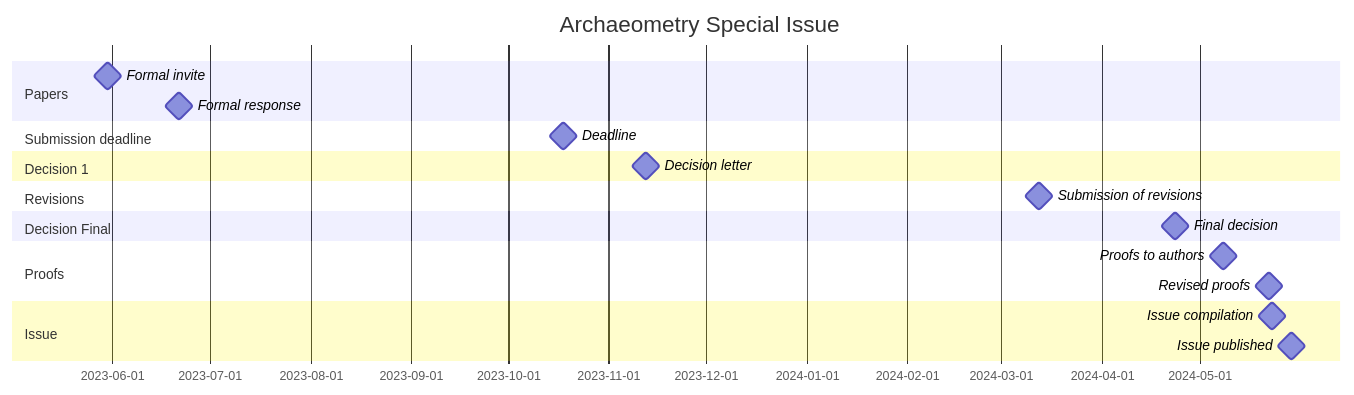
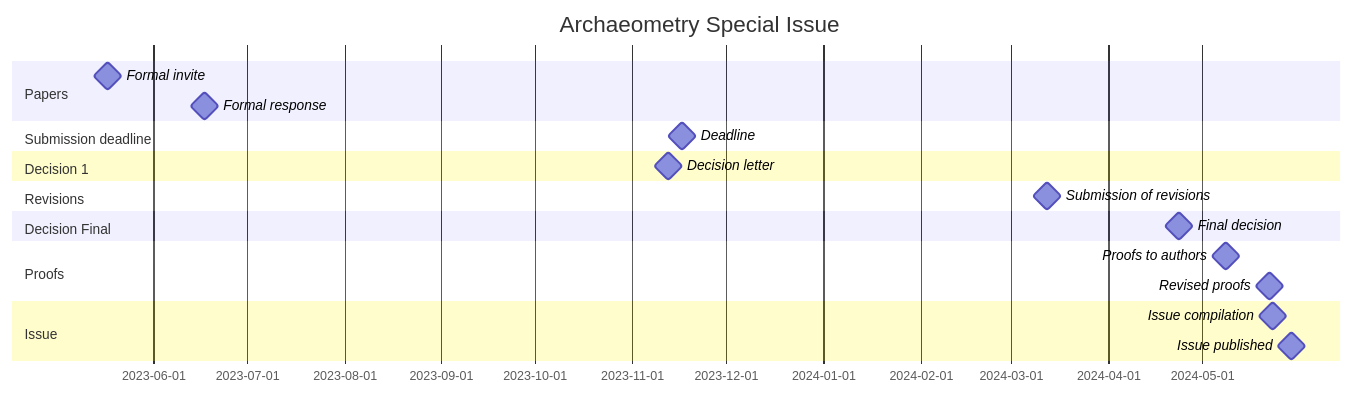
One commit to historical-time/archaeometry-si changed the diagram in README.md. Above: the diagram before and after it, drawn with Mermaid.

````diff
--- a/README.md
+++ b/README.md
@@ -8,23 +8,23 @@
 ```mermaid
 gantt
     title Archaeometry Special Issue
     dateFormat  YYYY-MM-DD
     section Papers
-    Formal invite              : milestone, m0, 2023-05-30, 1d
-    Formal response            : milestone, m0, 2023-06-21, 1d
+    Formal invite              : milestone, m0, 2023-05-17, 1d
+    Formal response            : milestone, m0, 2023-06-17, 1d
     section Submission deadline
-    Deadline            : milestone, m1, 2023-10-18, 1d %% Soft deadline
-    %% Hard deadline            : milestone, m1, 2023-11-08, 1d %% Hard deadline
+    Deadline                   : milestone, m1, 2023-11-17, 1d %% Soft deadline
+    %% Hard deadline           : milestone, m1, 2023-11-30, 1d %% Hard deadline
     section Decision 1
-    Decision letter          : milestone, m1, 2023-11-12, 1d
+    Decision letter            : milestone, m1, 2023-11-12, 1d
     section Revisions
-    Submission of revisions	 : milestone, m1, 2024-03-12, 1d
+    Submission of revisions	   : milestone, m1, 2024-03-12, 1d
     section Decision Final
-    Final decision           : milestone, m2, 2024-04-23, 1d
+    Final decision             : milestone, m2, 2024-04-23, 1d
     section Proofs
-    Proofs to authors        : milestone, m2, 2024-05-08, 1d
-    Revised proofs           : milestone, m2, 2024-05-22, 1d
+    Proofs to authors          : milestone, m2, 2024-05-08, 1d
+    Revised proofs             : milestone, m2, 2024-05-22, 1d
     section Issue
-    Issue compilation        : milestone, m2, 2024-05-23, 1d
-    Issue published          : milestone, m2, 2024-05-29, 1d
+    Issue compilation          : milestone, m2, 2024-05-23, 1d
+    Issue published            : milestone, m2, 2024-05-29, 1d
 ```
````
